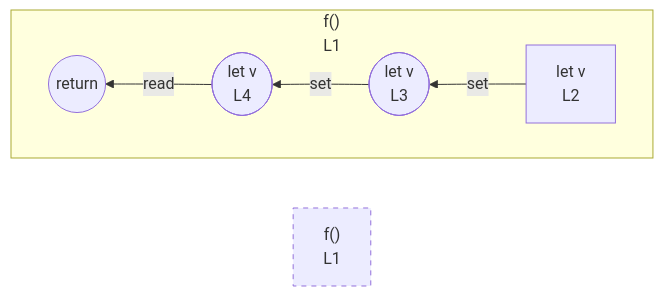
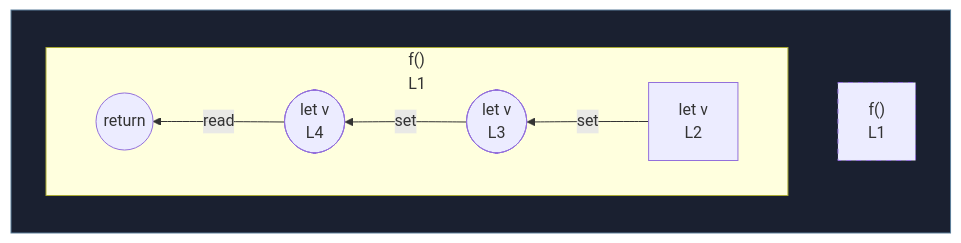
The diagram in integration/fixtures/function-let/preview.md (crescware/unsnarl), drawn with Mermaid before and after one commit. The commit also changed 16 other files, not shown here.

First line of the commit message:
fix(mermaid): wrap function name + body in a sibling wrapper subgraph

````diff
--- a/integration/fixtures/function-let/preview.md
+++ b/integration/fixtures/function-let/preview.md
@@ -16,16 +16,21 @@
 ```mermaid
 flowchart RL
-  n_scope_0_f_9["f()<br/>L1"]
-  subgraph s_scope_1["f()<br/>L1"]
-    direction RL
-    return_scope_0_f_9((return))
-    n_scope_1_v_21["let v<br/>L2"]
-    wr_ref_0(["let v<br/>L3"])
-    wr_ref_1(["let v<br/>L4"])
+  subgraph wrap_s_scope_1[" "]
+    direction TB
+    n_scope_0_f_9["f()<br/>L1"]
+    subgraph s_scope_1["f()<br/>L1"]
+      direction RL
+      return_scope_0_f_9((return))
+      n_scope_1_v_21["let v<br/>L2"]
+      wr_ref_0(["let v<br/>L3"])
+      wr_ref_1(["let v<br/>L4"])
+    end
   end
   n_scope_1_v_21 -->|set| wr_ref_0
   wr_ref_0 -->|set| wr_ref_1
   wr_ref_1 -->|read| return_scope_0_f_9
+  classDef fnWrap fill:#1a2030,stroke:#5a7d99;
+  class wrap_s_scope_1 fnWrap;
   classDef unused stroke-dasharray: 5 5;
   class n_scope_0_f_9 unused;
 ```
````
